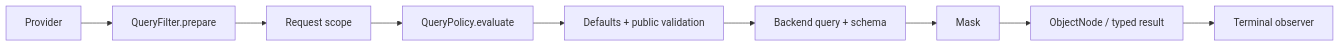
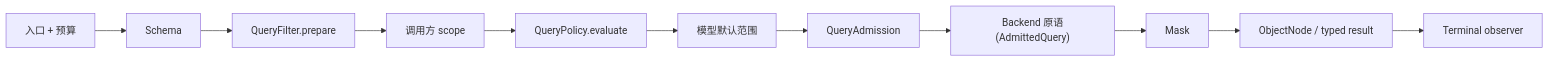
The diagram in documentation/docs/zh/guide/query/query-gateway.md (Ahoo-Wang/Wow), drawn with Mermaid before and after one commit. The commit also changed other lines of this file and 35 other files, not shown here.

Commit message:
docs(query): align query guides and skills with admission, AdmittedQuery primitives and schema revalidation (#3569)

````diff
--- a/documentation/docs/zh/guide/query/query-gateway.md
+++ b/documentation/docs/zh/guide/query/query-gateway.md
@@ -23,11 +26,13 @@
 ```mermaid
 flowchart LR
+    Entry["入口 + 预算"] --> Provider["Schema"]
     Provider --> Prepare["QueryFilter.prepare"]
-    Prepare --> Scope["Request scope"]
+    Prepare --> Scope["调用方 scope"]
     Scope --> Policy["QueryPolicy.evaluate"]
-    Policy --> Validate["Defaults + public validation"]
-    Validate --> Backend["Backend query + schema"]
+    Policy --> Default["模型默认范围"]
+    Default --> Admission["QueryAdmission"]
+    Admission --> Backend["Backend 原语(AdmittedQuery)"]
     Backend --> Mask["Mask"]
     Mask --> Result["ObjectNode / typed result"]
     Result --> Observer["Terminal observer"]
 ```
````
